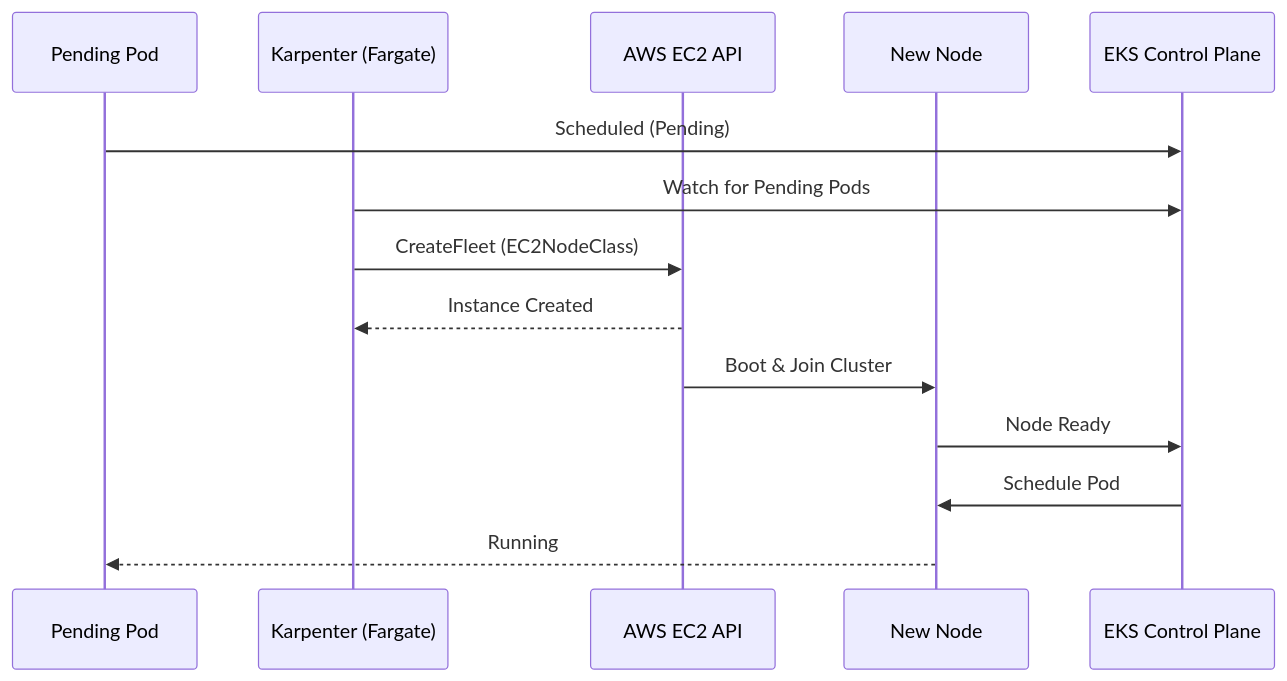
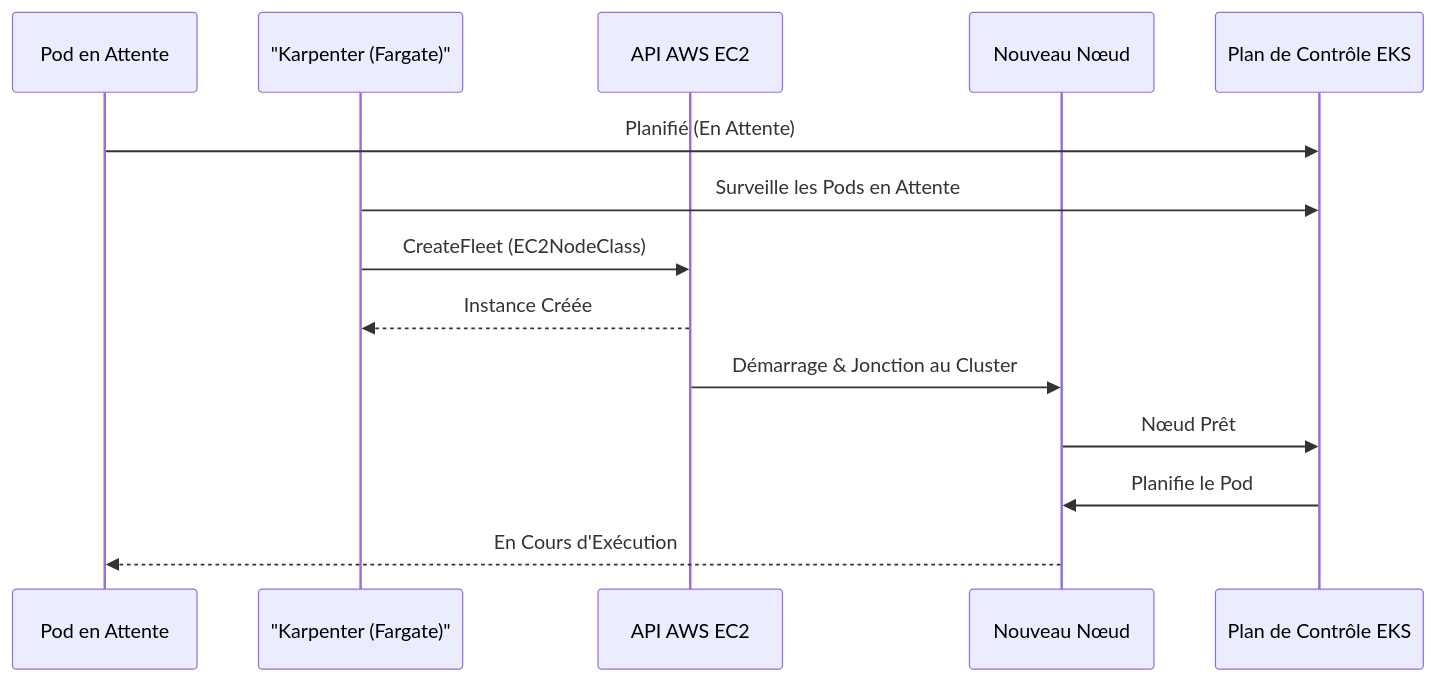
Before and after one commit to Seafarer-Cloud/Infrastructure: the second of 2 diagrams in README.md, drawn with Mermaid. The commit also changed other lines of this file and 6 other files, not shown here.

Commit message:
feat: Implement Karpenter IRSA and update EKS configuration with French README documentation.

````diff
--- a/README.md
+++ b/README.md
@@ -54,17 +60,17 @@
 ```mermaid
 sequenceDiagram
-    participant P as Pending Pod
-    participant K as Karpenter (Fargate)
-    participant A as AWS EC2 API
-    participant N as New Node
-    participant E as EKS Control Plane
+    participant P as Pod en Attente
+    participant K as "Karpenter (Fargate)"
+    participant A as API AWS EC2
+    participant N as Nouveau Nœud
+    participant E as Plan de Contrôle EKS
 
-    P->>E: Scheduled (Pending)
-    K->>E: Watch for Pending Pods
+    P->>E: Planifié (En Attente)
+    K->>E: Surveille les Pods en Attente
     K->>A: CreateFleet (EC2NodeClass)
-    A-->>K: Instance Created
-    A->>N: Boot & Join Cluster
-    N->>E: Node Ready
-    E->>N: Schedule Pod
-    N-->>P: Running
+    A-->>K: Instance Créée
+    A->>N: Démarrage & Jonction au Cluster
+    N->>E: Nœud Prêt
+    E->>N: Planifie le Pod
+    N-->>P: En Cours d'Exécution
 ```
````
